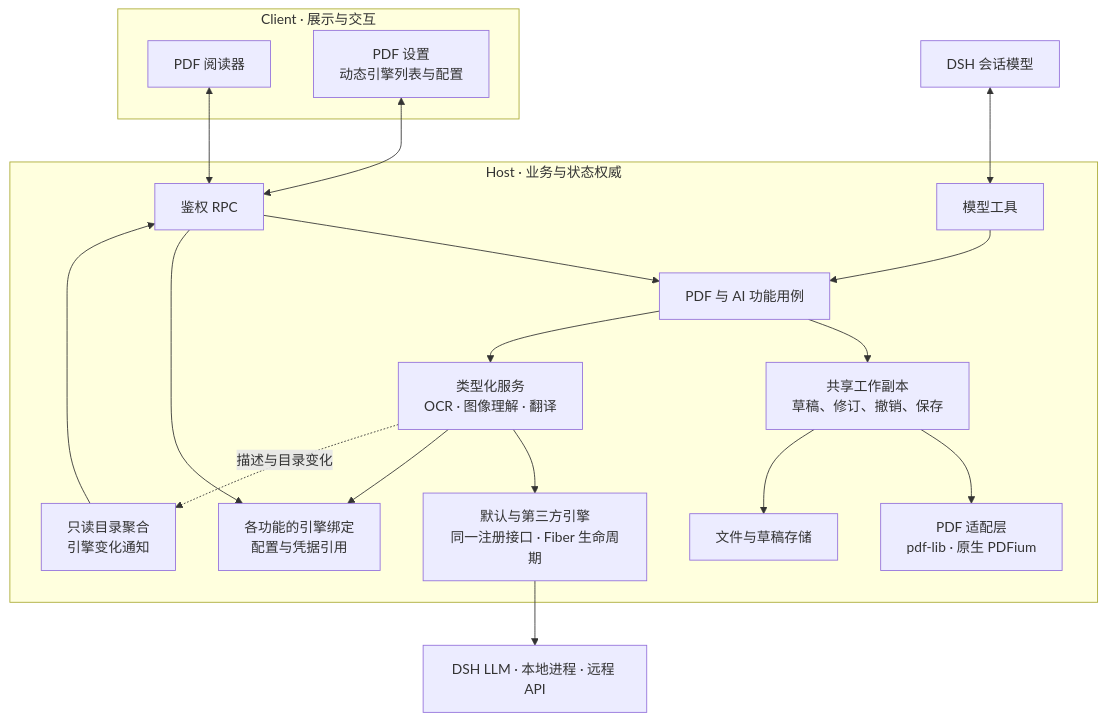
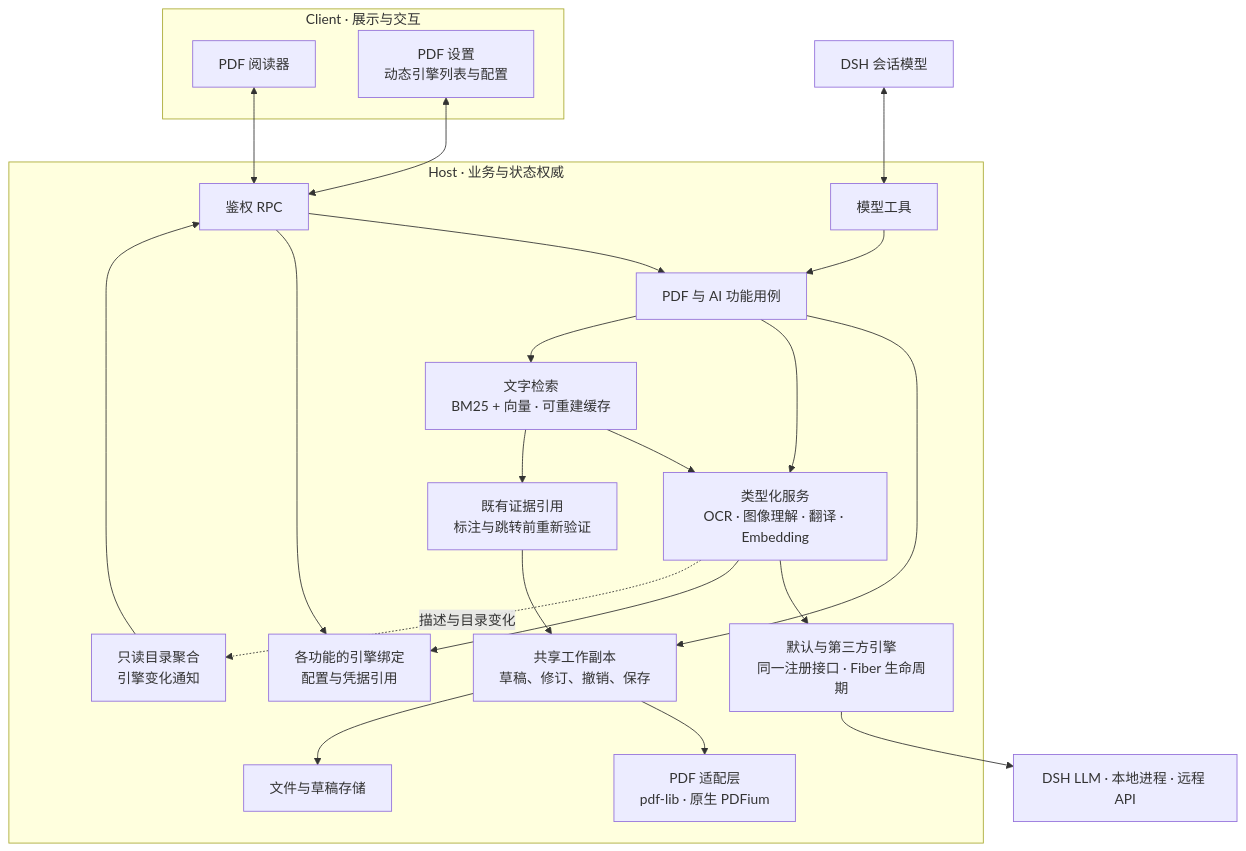
One commit to dingyiliao/dsh-bundle-pdf changed the diagram in README.zh.md. Above: the diagram before and after it, drawn with Mermaid. The commit also changed other lines of this file and 62 other files, not shown here.

````diff
--- a/README.zh.md
+++ b/README.zh.md
@@ -56,34 +57,40 @@
 ```mermaid
 flowchart TB
   subgraph Client["Client · 展示与交互"]
     Reader["PDF 阅读器"]
     Settings["PDF 设置<br/>动态引擎列表与配置"]
   end
   subgraph Host["Host · 业务与状态权威"]
     RPC["鉴权 RPC"]
     Tools["模型工具"]
     Features["PDF 与 AI 功能用例"]
     Copy["共享工作副本<br/>草稿、修订、撤销、保存"]
-    AI["类型化服务<br/>OCR · 图像理解 · 翻译"]
+    AI["类型化服务<br/>OCR · 图像理解 · 翻译 · Embedding"]
+    Retrieval["文字检索<br/>BM25 + 向量 · 可重建缓存"]
+    Evidence["既有证据引用<br/>标注与跳转前重新验证"]
     Catalog["只读目录聚合<br/>引擎变化通知"]
     Config["各功能的引擎绑定<br/>配置与凭据引用"]
     Backends["默认与第三方引擎<br/>同一注册接口 · Fiber 生命周期"]
     Native["PDF 适配层<br/>pdf-lib · 原生 PDFium"]
     Files["文件与草稿存储"]
     RPC --> Features
     Tools --> Features
     Features --> Copy
     Features --> AI
+    Features --> Retrieval
+    Retrieval --> AI
+    Retrieval --> Evidence
+    Evidence --> Copy
     Copy --> Native
     Copy --> Files
     AI --> Backends
     AI --> Config
     AI -. "描述与目录变化" .-> Catalog
     Catalog --> RPC
     RPC --> Config
   end
   Reader <--> RPC
   Settings <--> RPC
   Model["DSH 会话模型"] <--> Tools
   Backends --> Dependencies["DSH LLM · 本地进程 · 远程 API"]
 ```
````
